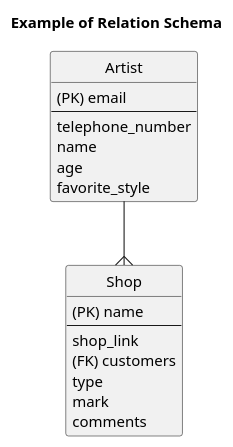
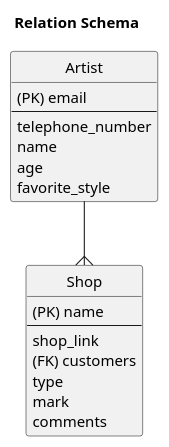
One commit to oleksandrblazhko/ai202-baranyuk changed the diagram in 2-SoftwareDesign/2.7-PlantUML/DataModel.puml. Above: the diagram before and after it, drawn with PlantUML.

```diff
--- a/2-SoftwareDesign/2.7-PlantUML/DataModel.puml
+++ b/2-SoftwareDesign/2.7-PlantUML/DataModel.puml
@@ -1,27 +1,27 @@
 @startuml
 
-title Example of Relation Schema
+title Relation Schema
 
 hide circle
 
 entity "Artist" as t01 {
     (PK) email
     --
     telephone_number
     name
     age
     favorite_style
 }
 entity "Shop" as t02 {
     (PK) name
     --
     shop_link
     (FK) customers
     type
     mark
     comments
 }
 
 t01 --{ t02
 
 @enduml
```
